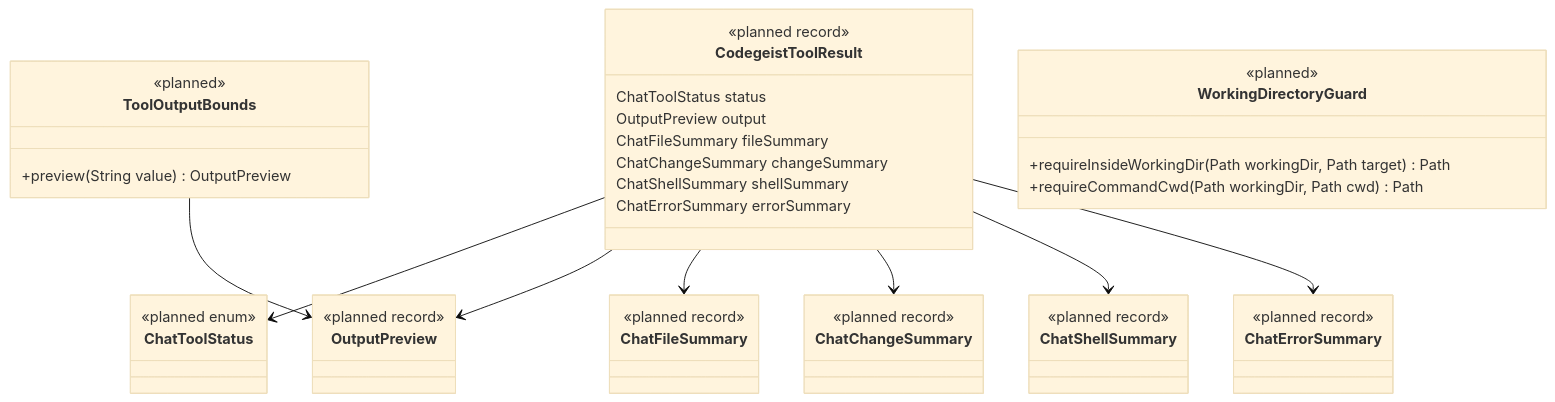
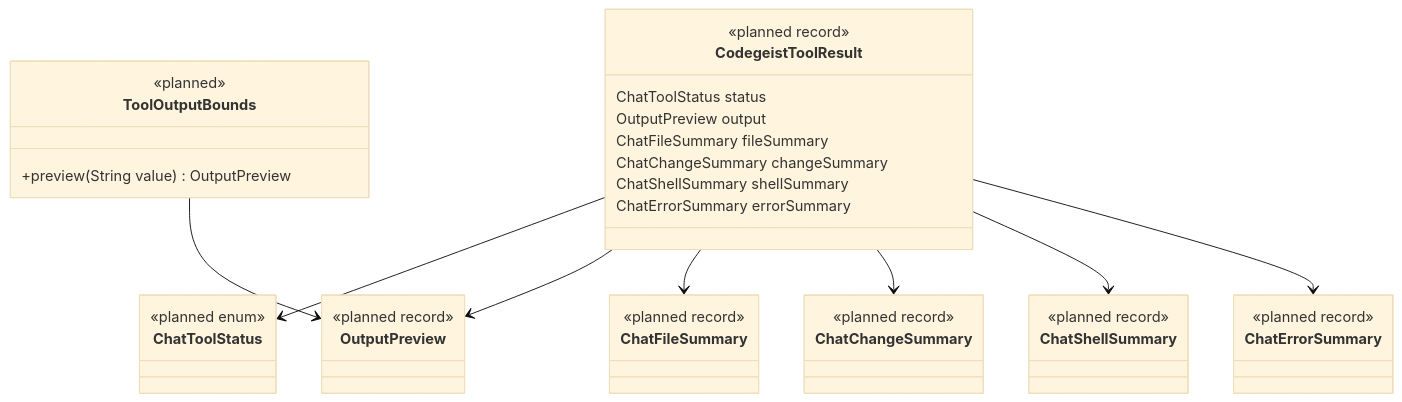
The eighth of 17 diagrams in docs/tasks/T007_build-codegeist-runtime-harness/runtime-harness-spec.md (codegeist-ai/codegeist), drawn with Mermaid (base theme) before and after one commit. The commit also changed other lines of this file and 61 other files, not shown here.

````diff
--- a/docs/tasks/T007_build-codegeist-runtime-harness/runtime-harness-spec.md
+++ b/docs/tasks/T007_build-codegeist-runtime-harness/runtime-harness-spec.md
@@ -378,57 +378,51 @@
 ```mermaid
 classDiagram
     direction TB
 
     class CodegeistToolResult {
       <<planned record>>
       ChatToolStatus status
       OutputPreview output
       ChatFileSummary fileSummary
       ChatChangeSummary changeSummary
       ChatShellSummary shellSummary
       ChatErrorSummary errorSummary
     }
 
     class ToolOutputBounds {
       <<planned>>
       +preview(String value) OutputPreview
-    }
-
-    class WorkingDirectoryGuard {
-      <<planned>>
-      +requireInsideWorkingDir(Path workingDir, Path target) Path
-      +requireCommandCwd(Path workingDir, Path cwd) Path
     }
 
     class ChatToolStatus {
       <<planned enum>>
     }
 
     class OutputPreview {
       <<planned record>>
     }
 
     class ChatFileSummary {
       <<planned record>>
     }
 
     class ChatChangeSummary {
       <<planned record>>
     }
 
     class ChatShellSummary {
       <<planned record>>
     }
 
     class ChatErrorSummary {
       <<planned record>>
     }
 
     CodegeistToolResult --> ChatToolStatus
     CodegeistToolResult --> OutputPreview
     CodegeistToolResult --> ChatFileSummary
     CodegeistToolResult --> ChatChangeSummary
     CodegeistToolResult --> ChatShellSummary
     CodegeistToolResult --> ChatErrorSummary
     ToolOutputBounds --> OutputPreview
 ```
````
